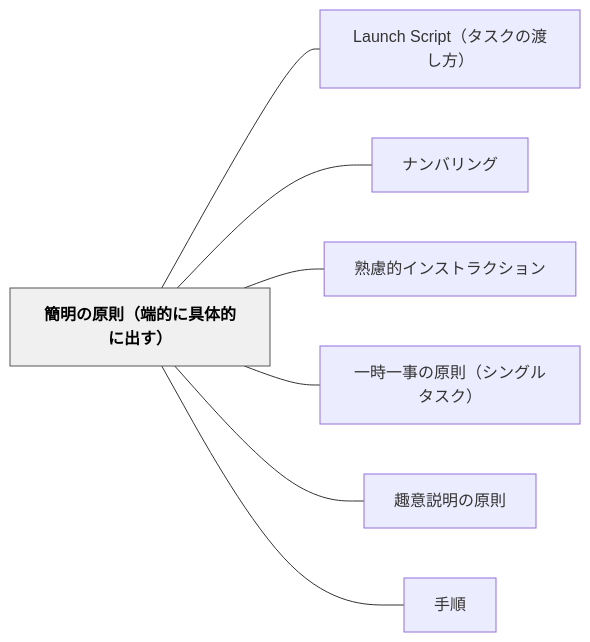
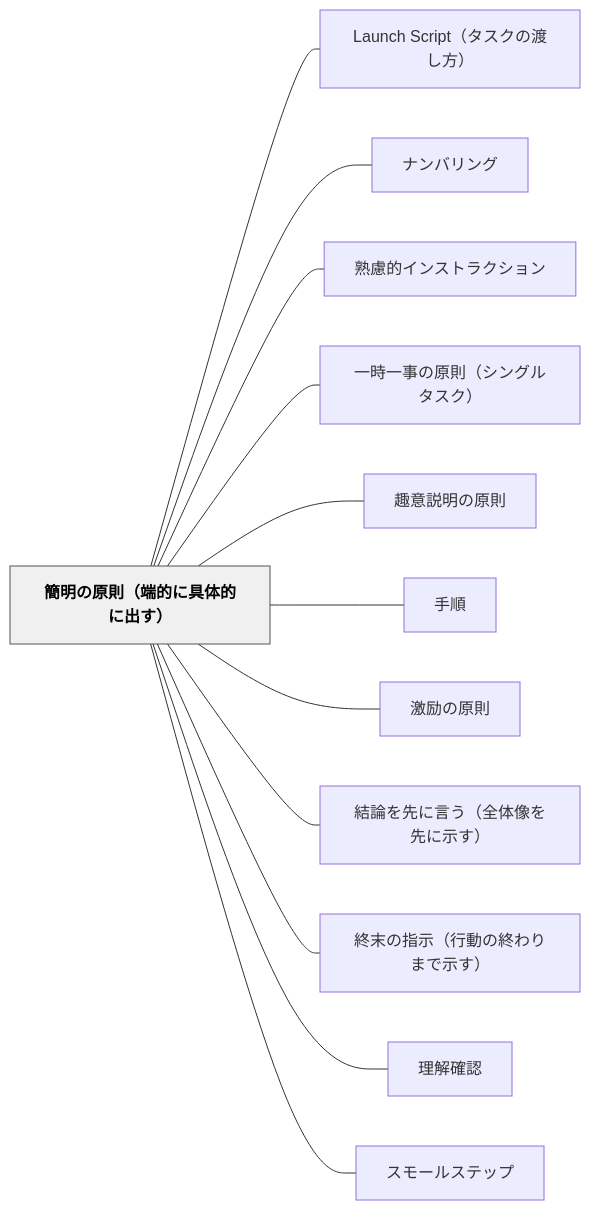
One commit to unknownthings-ed-patterns/unknownthings-ed-patterns changed the diagram in content/パタン/簡明の原則（端的に具体的に出す）.md. Above: the diagram before and after it, drawn with Mermaid. The commit also changed other lines of this file and 41 other files, not shown here.

````diff
--- a/content/パタン/簡明の原則（端的に具体的に出す）.md
+++ b/content/パタン/簡明の原則（端的に具体的に出す）.md
@@ -36,20 +47,30 @@
 ```mermaid
 flowchart LR
     ne7b0a1e6988ee381aee58e9fe58987efbc88e7abafe79a84e381abe585b7e4bd93e79a84e381abe587bae38199efbc89["簡明の原則（端的に具体的に出す）"]
     n4c61756e636820536372697074efbc88e382bfe382b9e382afe381aee6b8a1e38197e696b9efbc89["Launch Script（タスクの渡し方）"]
     ne3838ae383b3e38390e383aae383b3e382b0["ナンバリング"]
     ne7869fe685aee79a84e382a4e383b3e382b9e38388e383a9e382afe382b7e383a7e383b3["熟慮的インストラクション"]
     ne4b880e69982e4b880e4ba8be381aee58e9fe58987efbc88e382b7e383b3e382b0e383abe382bfe382b9e382afefbc89["一時一事の原則（シングルタスク）"]
     ne8b6a3e6848fe8aaace6988ee381aee58e9fe58987["趣意説明の原則"]
     ne6898be9a086["手順"]
+    ne6bf80e58ab1e381aee58e9fe58987["激励の原則"]
+    ne7b590e8ab96e38292e58588e381abe8a880e38186efbc88e585a8e4bd93e5838fe38292e58588e381abe7a4bae38199efbc89["結論を先に言う（全体像を先に示す）"]
+    ne7b582e69cabe381aee68c87e7a4baefbc88e8a18ce58b95e381aee7b582e3828fe3828ae381bee381a7e7a4bae38199efbc89["終末の指示（行動の終わりまで示す）"]
+    ne79086e8a7a3e7a2bae8aa8d["理解確認"]
+    ne382b9e383a2e383bce383abe382b9e38386e38383e38397["スモールステップ"]
 
     ne7b0a1e6988ee381aee58e9fe58987efbc88e7abafe79a84e381abe585b7e4bd93e79a84e381abe587bae38199efbc89 --- n4c61756e636820536372697074efbc88e382bfe382b9e382afe381aee6b8a1e38197e696b9efbc89
     ne7b0a1e6988ee381aee58e9fe58987efbc88e7abafe79a84e381abe585b7e4bd93e79a84e381abe587bae38199efbc89 --- ne3838ae383b3e38390e383aae383b3e382b0
     ne7b0a1e6988ee381aee58e9fe58987efbc88e7abafe79a84e381abe585b7e4bd93e79a84e381abe587bae38199efbc89 --- ne7869fe685aee79a84e382a4e383b3e382b9e38388e383a9e382afe382b7e383a7e383b3
     ne7b0a1e6988ee381aee58e9fe58987efbc88e7abafe79a84e381abe585b7e4bd93e79a84e381abe587bae38199efbc89 --- ne4b880e69982e4b880e4ba8be381aee58e9fe58987efbc88e382b7e383b3e382b0e383abe382bfe382b9e382afefbc89
     ne7b0a1e6988ee381aee58e9fe58987efbc88e7abafe79a84e381abe585b7e4bd93e79a84e381abe587bae38199efbc89 --- ne8b6a3e6848fe8aaace6988ee381aee58e9fe58987
     ne7b0a1e6988ee381aee58e9fe58987efbc88e7abafe79a84e381abe585b7e4bd93e79a84e381abe587bae38199efbc89 --- ne6898be9a086
+    ne7b0a1e6988ee381aee58e9fe58987efbc88e7abafe79a84e381abe585b7e4bd93e79a84e381abe587bae38199efbc89 --- ne6bf80e58ab1e381aee58e9fe58987
+    ne7b0a1e6988ee381aee58e9fe58987efbc88e7abafe79a84e381abe585b7e4bd93e79a84e381abe587bae38199efbc89 --- ne7b590e8ab96e38292e58588e381abe8a880e38186efbc88e585a8e4bd93e5838fe38292e58588e381abe7a4bae38199efbc89
+    ne7b0a1e6988ee381aee58e9fe58987efbc88e7abafe79a84e381abe585b7e4bd93e79a84e381abe587bae38199efbc89 --- ne7b582e69cabe381aee68c87e7a4baefbc88e8a18ce58b95e381aee7b582e3828fe3828ae381bee381a7e7a4bae38199efbc89
+    ne7b0a1e6988ee381aee58e9fe58987efbc88e7abafe79a84e381abe585b7e4bd93e79a84e381abe587bae38199efbc89 --- ne79086e8a7a3e7a2bae8aa8d
+    ne7b0a1e6988ee381aee58e9fe58987efbc88e7abafe79a84e381abe585b7e4bd93e79a84e381abe587bae38199efbc89 --- ne382b9e383a2e383bce383abe382b9e38386e38383e38397
 
     classDef hub fill:#f0f0f0,stroke:#555,color:#000,font-weight:bold
     class ne7b0a1e6988ee381aee58e9fe58987efbc88e7abafe79a84e381abe585b7e4bd93e79a84e381abe587bae38199efbc89 hub
 ```
````
